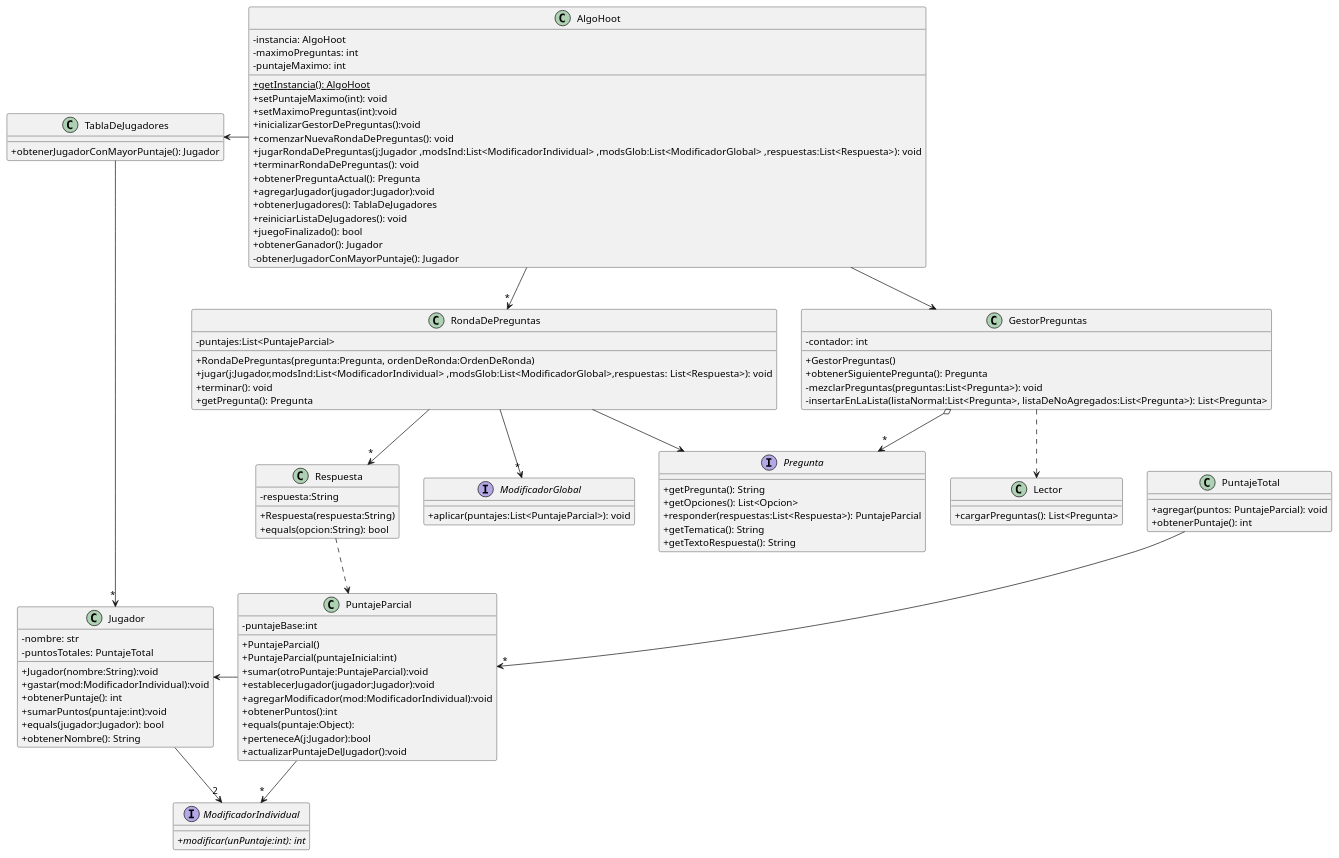
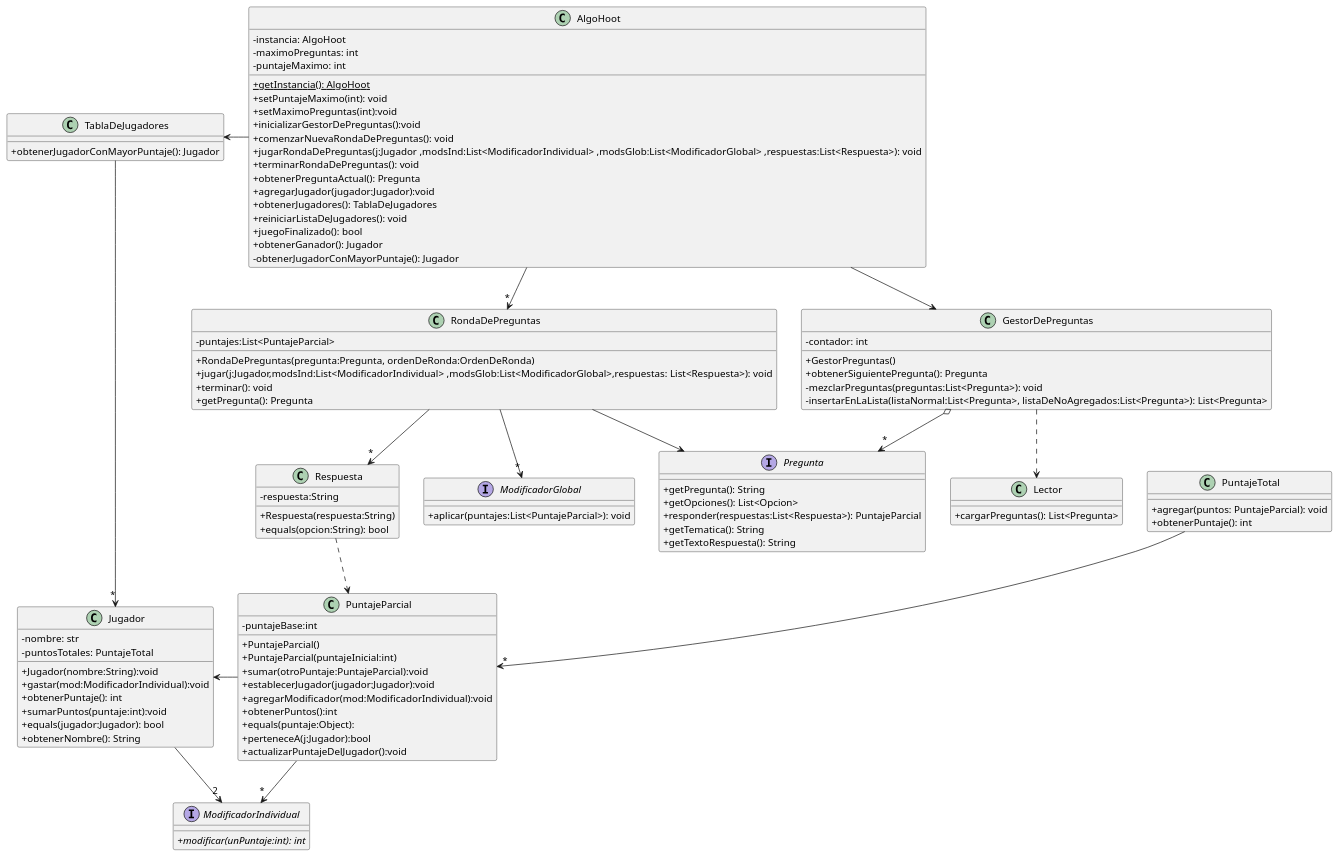
The diagram in diagrams/classes/entrega0/clases2.plantuml (ValentinMarturet/ALGO3-TP2), drawn with PlantUML before and after one commit. The commit also changed 2 other files, not shown here.

Commit message:
Agregando diagramas de paquetes

```diff
--- a/diagrams/classes/entrega0/clases2.plantuml
+++ b/diagrams/classes/entrega0/clases2.plantuml
@@ -1,126 +1,126 @@
 @startuml clasesGenerales
 
 skinparam monochrome false
 /'skinparam monochrome true'/
 /'hide circle '/
 skinparam classAttributeIconSize 0
 
 interface Pregunta {
     + getPregunta(): String
     + getOpciones(): List<Opcion>
     + responder(respuestas:List<Respuesta>): PuntajeParcial
     + getTematica(): String
     + getTextoRespuesta(): String
 }
 class AlgoHoot {
     - instancia: AlgoHoot
     - maximoPreguntas: int
     - puntajeMaximo: int
     + {static}getInstancia(): AlgoHoot
     + setPuntajeMaximo(int): void
     + setMaximoPreguntas(int):void
     + inicializarGestorDePreguntas():void
     + comenzarNuevaRondaDePreguntas(): void
     + jugarRondaDePreguntas(j:Jugador ,modsInd:List<ModificadorIndividual> ,modsGlob:List<ModificadorGlobal> ,respuestas:List<Respuesta>): void
     + terminarRondaDePreguntas(): void
     + obtenerPreguntaActual(): Pregunta
     + agregarJugador(jugador:Jugador):void
     + obtenerJugadores(): TablaDeJugadores
     + reiniciarListaDeJugadores(): void
     + juegoFinalizado(): bool
     + obtenerGanador(): Jugador
     - obtenerJugadorConMayorPuntaje(): Jugador
 }
 
 
 
 class RondaDePreguntas {
     - puntajes:List<PuntajeParcial>
     + RondaDePreguntas(pregunta:Pregunta, ordenDeRonda:OrdenDeRonda)
     + jugar(j:Jugador,modsInd:List<ModificadorIndividual> ,modsGlob:List<ModificadorGlobal>,respuestas: List<Respuesta>): void
     + terminar(): void
     + getPregunta(): Pregunta
 }
 
-class GestorPreguntas {
+class GestorDePreguntas {
     - contador: int
     + GestorPreguntas()
     + obtenerSiguientePregunta(): Pregunta
     - mezclarPreguntas(preguntas:List<Pregunta>): void
     - insertarEnLaLista(listaNormal:List<Pregunta>, listaDeNoAgregados:List<Pregunta>): List<Pregunta>
 }
 
 class Jugador {
     - nombre: str
     - puntosTotales: PuntajeTotal
     + Jugador(nombre:String):void
     + gastar(mod:ModificadorIndividual):void
     + obtenerPuntaje(): int
     + sumarPuntos(puntaje:int):void
     + equals(jugador:Jugador): bool
     + obtenerNombre(): String
 }
 
 class Respuesta {
     - respuesta:String
     + Respuesta(respuesta:String)
     + equals(opcion:String): bool
 }
 
 
 
 class Lector{
     +cargarPreguntas(): List<Pregunta>
 }
 
 interface ModificadorIndividual{
     + {abstract} modificar(unPuntaje:int): int
 }
 
 interface ModificadorGlobal{
     +aplicar(puntajes:List<PuntajeParcial>): void
 }
 
 class PuntajeParcial{
     -puntajeBase:int
     +PuntajeParcial()
     +PuntajeParcial(puntajeInicial:int)
     +sumar(otroPuntaje:PuntajeParcial):void
     +establecerJugador(jugador:Jugador):void
     +agregarModificador(mod:ModificadorIndividual):void
     +obtenerPuntos():int
     +equals(puntaje:Object):
     +perteneceA(j:Jugador):bool
     +actualizarPuntajeDelJugador():void
 }
 
 class PuntajeTotal {
     + agregar(puntos: PuntajeParcial): void
     + obtenerPuntaje(): int
 
 }
 
 class TablaDeJugadores {
     + obtenerJugadorConMayorPuntaje(): Jugador
 }
 
 
-AlgoHoot -down-> GestorPreguntas
+AlgoHoot -down-> GestorDePreguntas
 AlgoHoot -down-> "*" RondaDePreguntas
-GestorPreguntas o-->"*" Pregunta
-GestorPreguntas ..> Lector
+GestorDePreguntas o-->"*" Pregunta
+GestorDePreguntas ..> Lector
 RondaDePreguntas --> Pregunta
 RondaDePreguntas --> "*" Respuesta
 TablaDeJugadores -down->"*" Jugador
 PuntajeParcial -left-> Jugador
 Respuesta ..> PuntajeParcial
 AlgoHoot -left-> TablaDeJugadores
 
 PuntajeTotal --> "*" PuntajeParcial
 PuntajeParcial --> "*" ModificadorIndividual
 
 Jugador --> "2" ModificadorIndividual
 RondaDePreguntas -->"*" ModificadorGlobal
 
 
 @enduml
```
